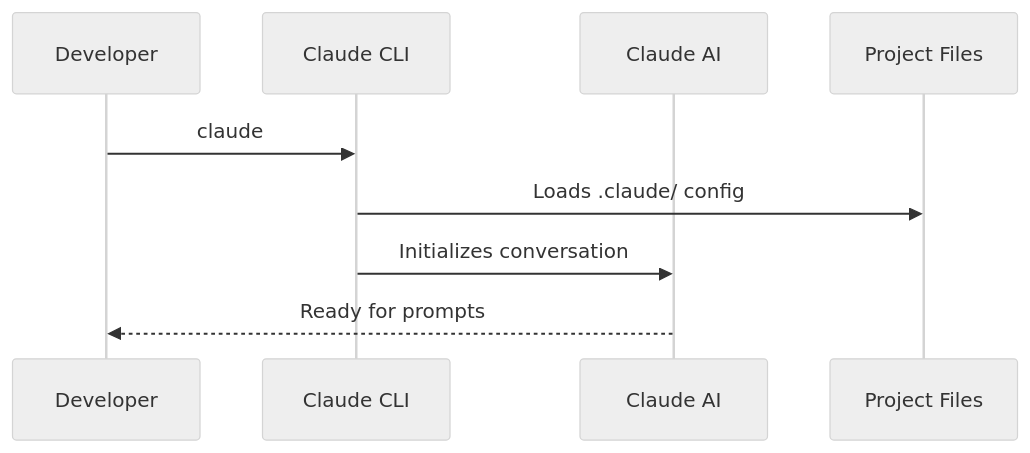
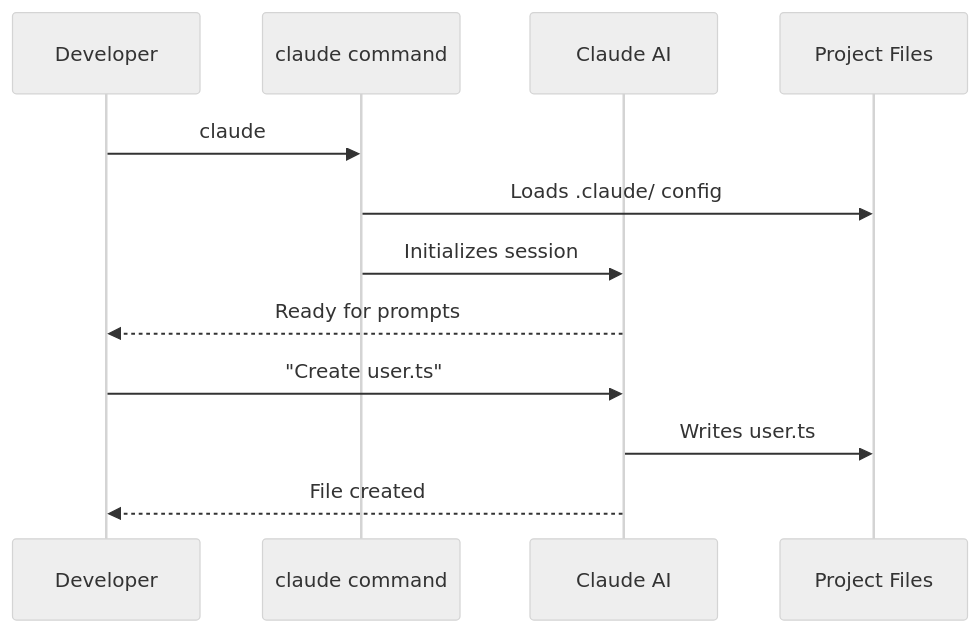
One commit to wahidyankf/open-sharia-enterprise changed the first of 3 diagrams in apps/ayokoding-web/content/en/learn/software-engineering/automation-tools/claude-code/by-example/beginner.md. Above: the diagram before and after it, drawn with Mermaid (neutral theme). The commit also changed other lines of this file and 3 other files, not shown here.

First line of the commit message:
feat(ayokoding-web): transform Claude Code tutorials to CLI-focused automation

````diff
--- a/apps/ayokoding-web/content/en/learn/software-engineering/automation-tools/claude-code/by-example/beginner.md
+++ b/apps/ayokoding-web/content/en/learn/software-engineering/automation-tools/claude-code/by-example/beginner.md
@@ -18,12 +34,15 @@
 ```mermaid
 sequenceDiagram
     participant Dev as Developer
-    participant CLI as Claude CLI
+    participant CLI as claude command
     participant AI as Claude AI
-    participant Project as Project Files
+    participant Files as Project Files
 
     Dev->>CLI: claude
-    CLI->>Project: Loads .claude/ config
-    CLI->>AI: Initializes conversation
+    CLI->>Files: Loads .claude/ config
+    CLI->>AI: Initializes session
     AI-->>Dev: Ready for prompts
+    Dev->>AI: "Create user.ts"
+    AI->>Files: Writes user.ts
+    AI-->>Dev: File created
 ```
````
